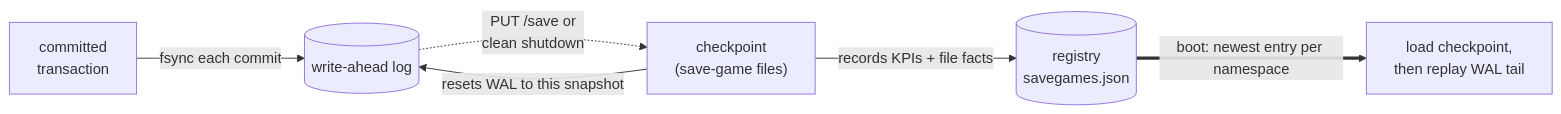
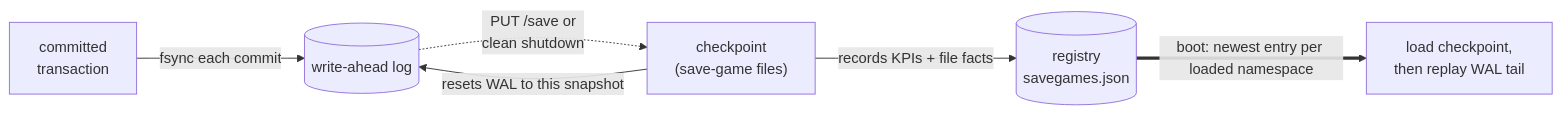
The diagram in docs/src/content/docs/save-games.mdx (cosh/fallen-8-core), drawn with Mermaid before and after one commit. The commit also changed other lines of this file and 68 other files, not shown here.

````diff
--- a/docs/src/content/docs/save-games.mdx
+++ b/docs/src/content/docs/save-games.mdx
@@ -10,8 +10,8 @@
 ```mermaid
 flowchart LR
     TX["committed<br/>transaction"] -->|fsync each commit| WAL[("write-ahead log")]
     WAL -.->|"PUT /save or<br/>clean shutdown"| CP["checkpoint<br/>(save-game files)"]
     CP -->|records KPIs + file facts| REG[("registry<br/>savegames.json")]
     CP -->|resets WAL to this snapshot| WAL
-    REG ==>|"boot: newest entry per namespace"| LOAD["load checkpoint,<br/>then replay WAL tail"]
+    REG ==>|"boot: newest entry per loaded namespace"| LOAD["load checkpoint,<br/>then replay WAL tail"]
 ```
````
